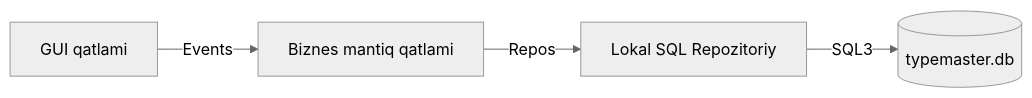
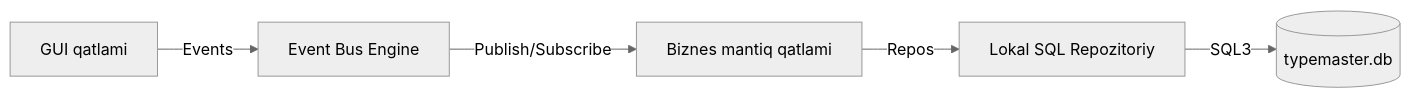
Before and after one commit to Valijon21/Tezyoz: the diagram in README.md, drawn with Mermaid (neutral theme). The commit also changed other lines of this file and 12 other files, not shown here.

Commit message:
feat(core): technical audit fixes, event bus refactoring, tri-lingual i18n, and README updates

````diff
--- a/README.md
+++ b/README.md
@@ -36,6 +40,7 @@
 ```mermaid
 graph LR
-    UI[GUI qatlami] -->|Events| Services[Biznes mantiq qatlami]
+    UI[GUI qatlami] -->|Events| EventBus[Event Bus Engine]
+    EventBus -->|Publish/Subscribe| Services[Biznes mantiq qatlami]
     Services -->|Repos| DB[Lokal SQL Repozitoriy]
     DB -->|SQL3| Data[(typemaster.db)]
 ```
````
